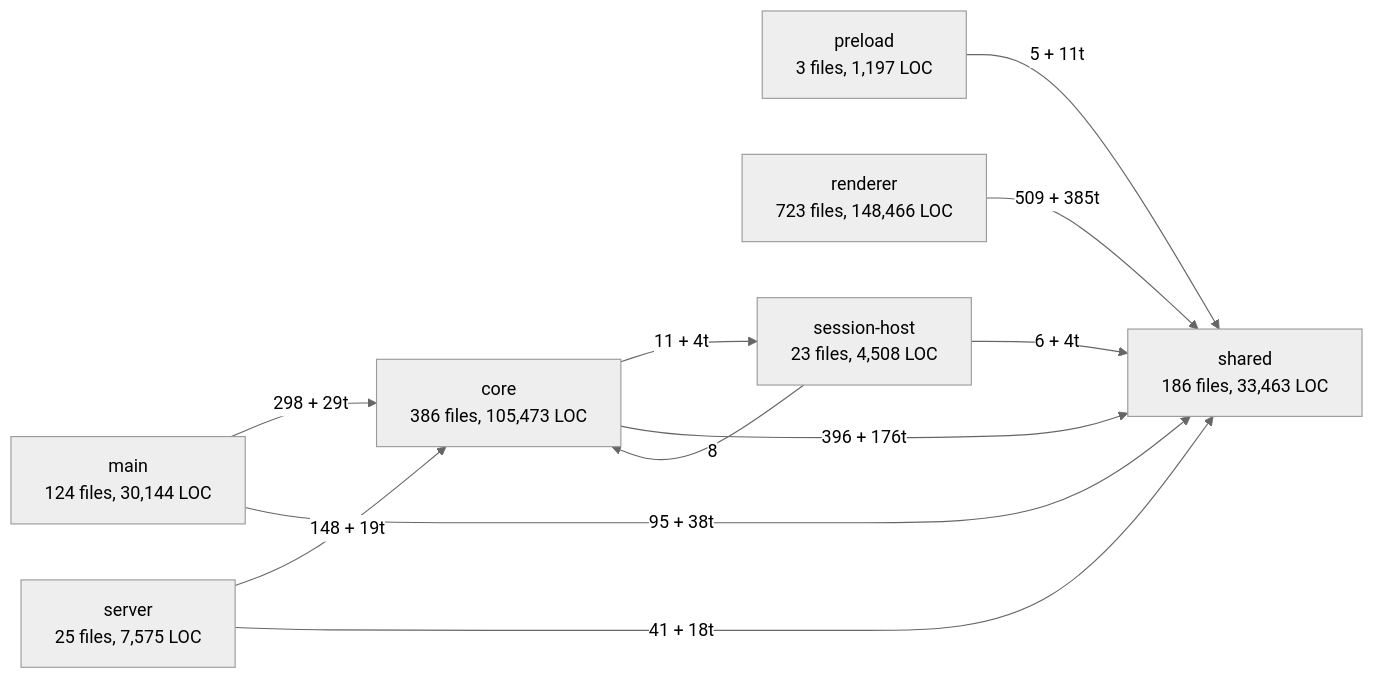
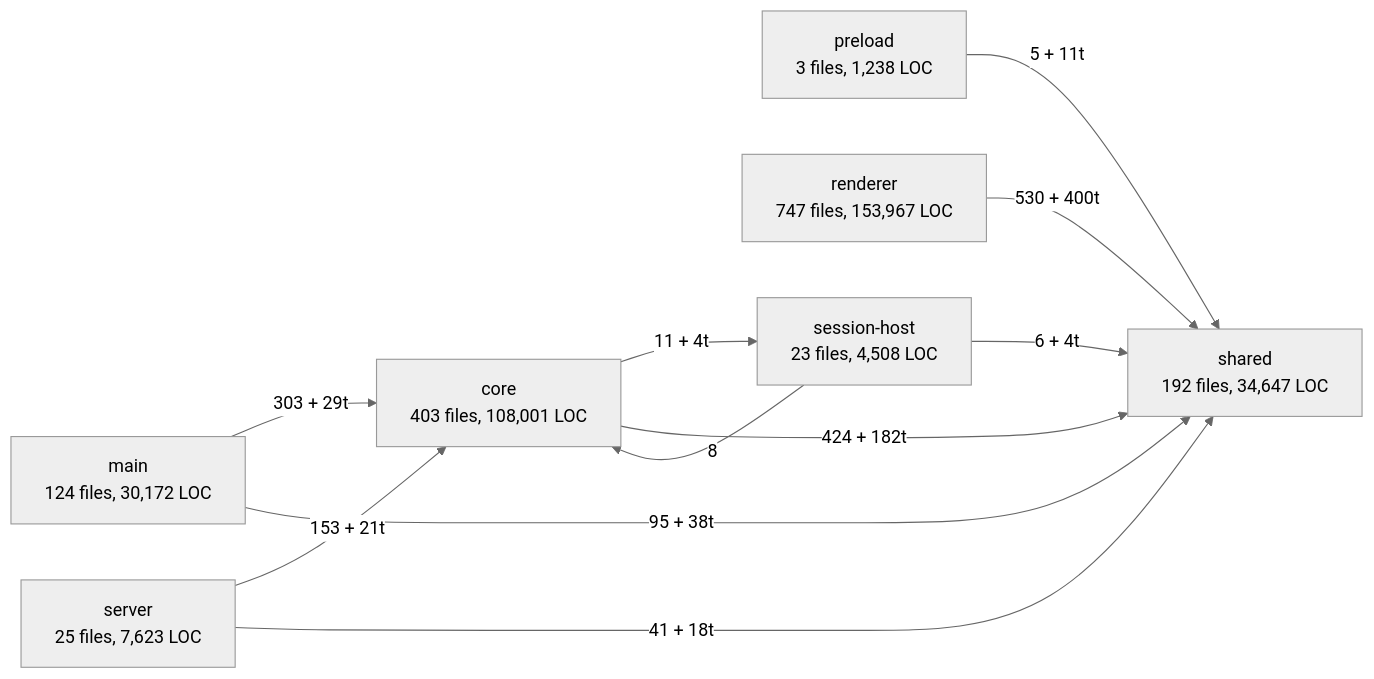
One commit to pollog09/DisTerm changed the first of 8 diagrams in docs/architecture/GRAPH.md. Above: the diagram before and after it, drawn with Mermaid (neutral theme). The commit also changed other lines of this file and 63 other files, not shown here.

First line of the commit message:
feat(graph): switch the graph view between the agent graph and a repo's system map

````diff
--- a/docs/architecture/GRAPH.md
+++ b/docs/architecture/GRAPH.md
@@ -24,20 +24,20 @@
 ```mermaid
 flowchart LR
-  n_core["core<br/>386 files, 105,473 LOC"]
-  n_main["main<br/>124 files, 30,144 LOC"]
-  n_preload["preload<br/>3 files, 1,197 LOC"]
-  n_renderer["renderer<br/>723 files, 148,466 LOC"]
-  n_server["server<br/>25 files, 7,575 LOC"]
+  n_core["core<br/>403 files, 108,001 LOC"]
+  n_main["main<br/>124 files, 30,172 LOC"]
+  n_preload["preload<br/>3 files, 1,238 LOC"]
+  n_renderer["renderer<br/>747 files, 153,967 LOC"]
+  n_server["server<br/>25 files, 7,623 LOC"]
   n_session_host["session-host<br/>23 files, 4,508 LOC"]
-  n_shared["shared<br/>186 files, 33,463 LOC"]
+  n_shared["shared<br/>192 files, 34,647 LOC"]
   n_core -->|"11 + 4t"| n_session_host
-  n_core -->|"396 + 176t"| n_shared
-  n_main -->|"298 + 29t"| n_core
+  n_core -->|"424 + 182t"| n_shared
+  n_main -->|"303 + 29t"| n_core
   n_main -->|"95 + 38t"| n_shared
   n_preload -->|"5 + 11t"| n_shared
-  n_renderer -->|"509 + 385t"| n_shared
-  n_server -->|"148 + 19t"| n_core
+  n_renderer -->|"530 + 400t"| n_shared
+  n_server -->|"153 + 21t"| n_core
   n_server -->|"41 + 18t"| n_shared
   n_session_host -->|"8"| n_core
   n_session_host -->|"6 + 4t"| n_shared
 ```
````
